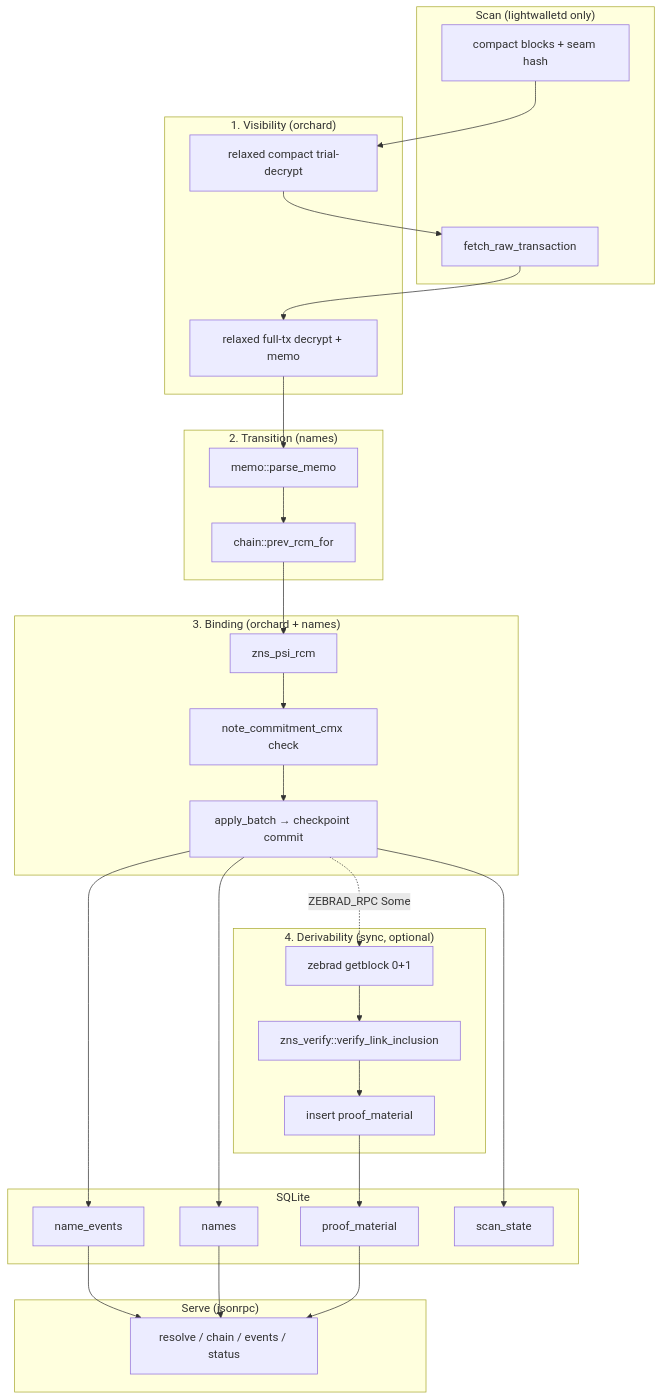
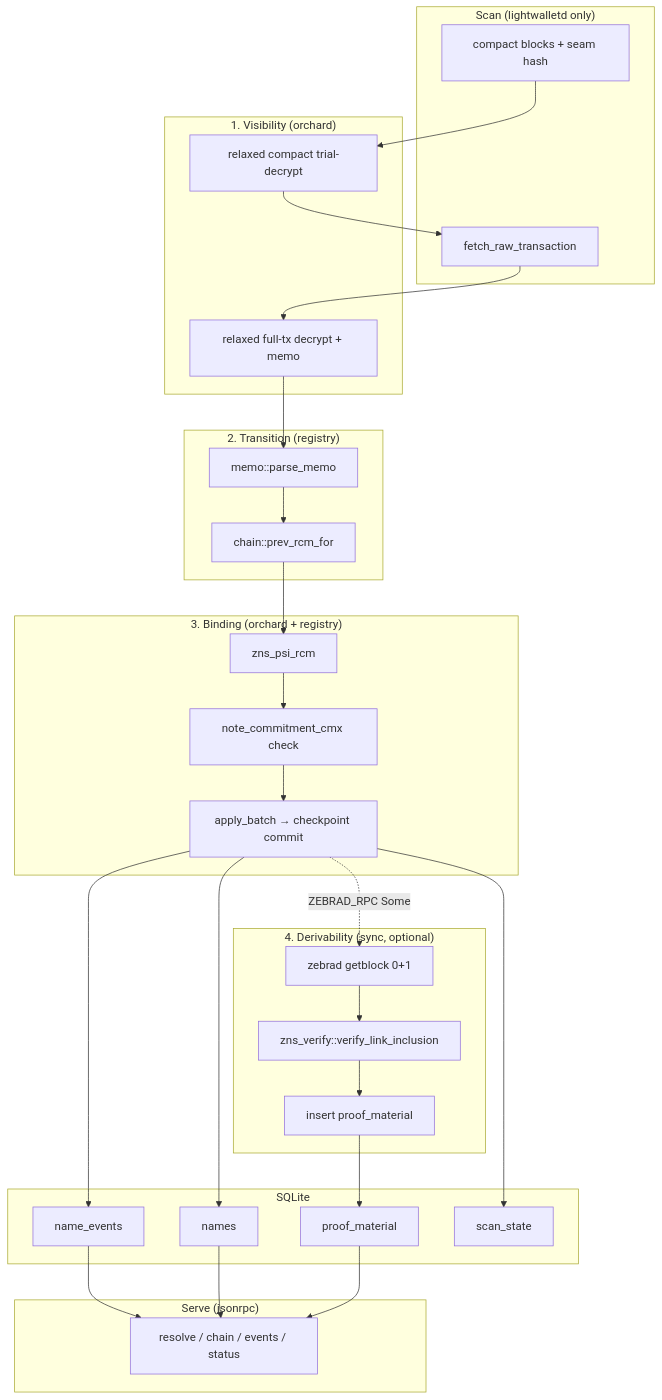
The diagram in zcash name design.md (zcashme/zns-resolver), drawn with Mermaid before and after one commit. The commit also changed other lines of this file and 6 other files, not shown here.

First line of the commit message:
refactor: LwdSession URL wrapper; names module → registry

````diff
--- a/zcash name design.md
+++ b/zcash name design.md
@@ -7,52 +7,52 @@
 ```mermaid
 flowchart TB
     subgraph scan ["Scan (lightwalletd only)"]
         LWD[compact blocks + seam hash]
         RAW[fetch_raw_transaction]
     end
 
     subgraph vis ["1. Visibility (orchard)"]
         COMPACT[relaxed compact trial-decrypt]
         FULL[relaxed full-tx decrypt + memo]
     end
 
-    subgraph trans ["2. Transition (names)"]
+    subgraph trans ["2. Transition (registry)"]
         MEMO[memo::parse_memo]
         CHAIN[chain::prev_rcm_for]
     end
 
-    subgraph bind ["3. Binding (orchard + names)"]
+    subgraph bind ["3. Binding (orchard + registry)"]
         PSI[zns_psi_rcm]
         CMX[note_commitment_cmx check]
         APPLY[apply_batch → checkpoint commit]
     end
 
     subgraph deriv ["4. Derivability (sync, optional)"]
         ZEB[zebrad getblock 0+1]
         INC[zns_verify::verify_link_inclusion]
         MAT[insert proof_material]
     end
 
     subgraph rpc ["Serve (jsonrpc)"]
         API[resolve / chain / events / status]
     end
 
     subgraph store ["SQLite"]
         NE[name_events]
         N[names]
         PM[proof_material]
         SS[scan_state]
     end
 
     LWD --> COMPACT
     COMPACT --> RAW
     RAW --> FULL
     FULL --> MEMO --> CHAIN --> PSI --> CMX --> APPLY
     APPLY --> NE
     APPLY --> N
     APPLY --> SS
     APPLY -.->|ZEBRAD_RPC Some| ZEB --> INC --> MAT --> PM
     NE --> API
     N --> API
     PM --> API
 ```
````
